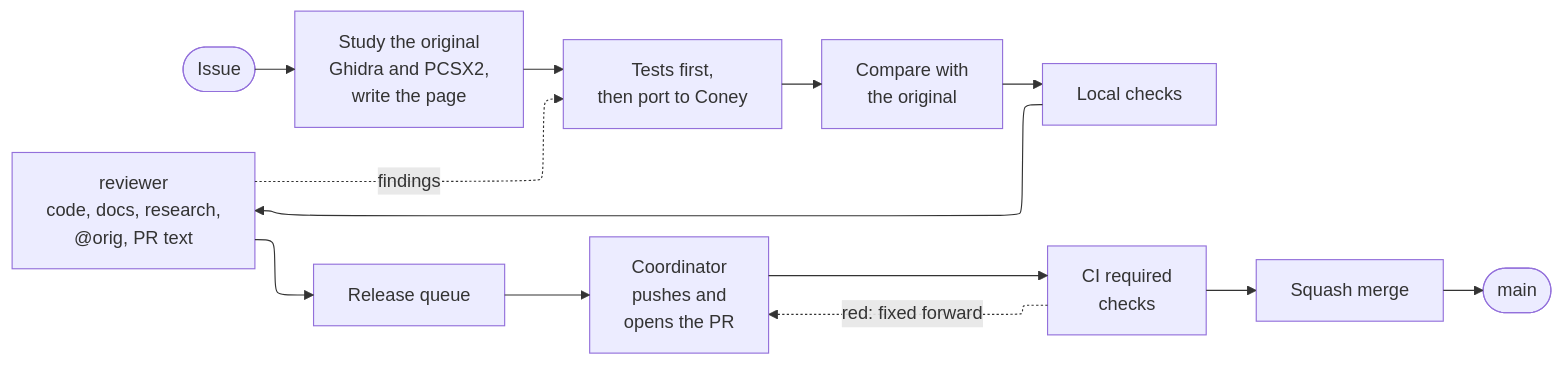
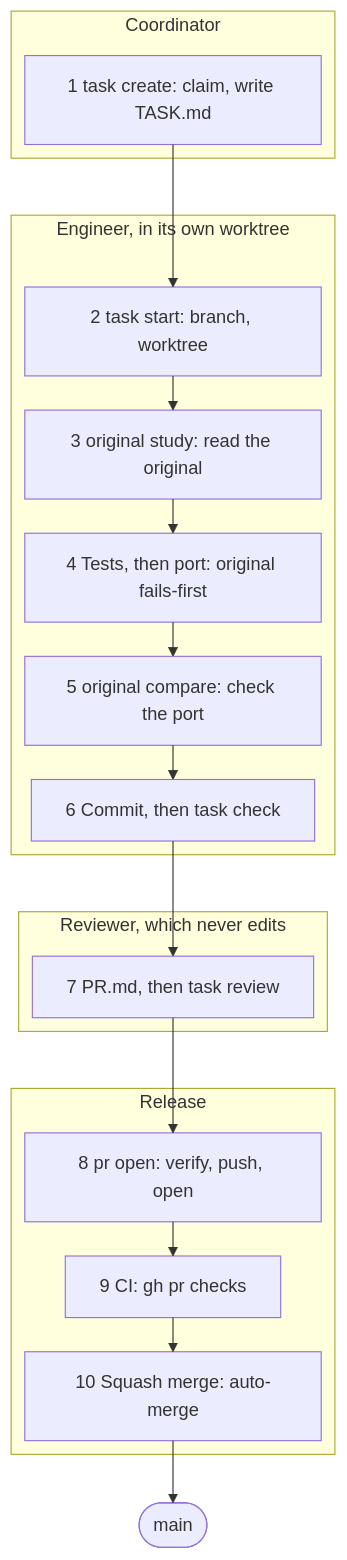
Before and after one commit to Ryubara/coney: the first of 3 diagrams in docs/guides/how-we-work.md, drawn with Mermaid. The commit also changed other lines of this file and 3 other files, not shown here.

````diff
--- a/docs/guides/how-we-work.md
+++ b/docs/guides/how-we-work.md
@@ -14,19 +35,30 @@
 ```mermaid
 ---
 config:
   layout: elk
+  flowchart:
+    rankSpacing: 30
 ---
-flowchart LR
-  issue(["Issue"]) --> study["Study the original<br/>Ghidra and PCSX2,<br/>write the page"]
-  study --> port["Tests first,<br/>then port to Coney"]
-  port --> compare["Compare with<br/>the original"]
-  compare --> local["Local checks"]
-  local --> review["reviewer<br/>code, docs, research,<br/>@orig, PR text"]
-  review --> queue["Release queue"]
-  queue --> push["Coordinator<br/>pushes and<br/>opens the PR"]
-  push --> ci["CI required<br/>checks"]
-  ci --> merge["Squash merge"]
-  merge --> main(["main"])
-  review -. "findings" .-> port
-  ci -. "red: fixed forward" .-> push
+flowchart TB
+  subgraph claim ["Coordinator"]
+    task["1 task create: claim, write TASK.md"]
+  end
+  subgraph eng ["Engineer, in its own worktree"]
+    start["2 task start: branch, worktree"]
+    study["3 original study: read the original"]
+    port["4 Tests, then port: original fails-first"]
+    compare["5 original compare: check the port"]
+    check["6 Commit, then task check"]
+  end
+  subgraph rev ["Reviewer, which never edits"]
+    review["7 PR.md, then task review"]
+  end
+  subgraph rel ["Release"]
+    open["8 pr open: verify, push, open"]
+    ci["9 CI: gh pr checks"]
+    merge["10 Squash merge: auto-merge"]
+  end
+  main(["main"])
+  task --> start --> study --> port --> compare --> check
+  check --> review --> open --> ci --> merge --> main
 ```
````
